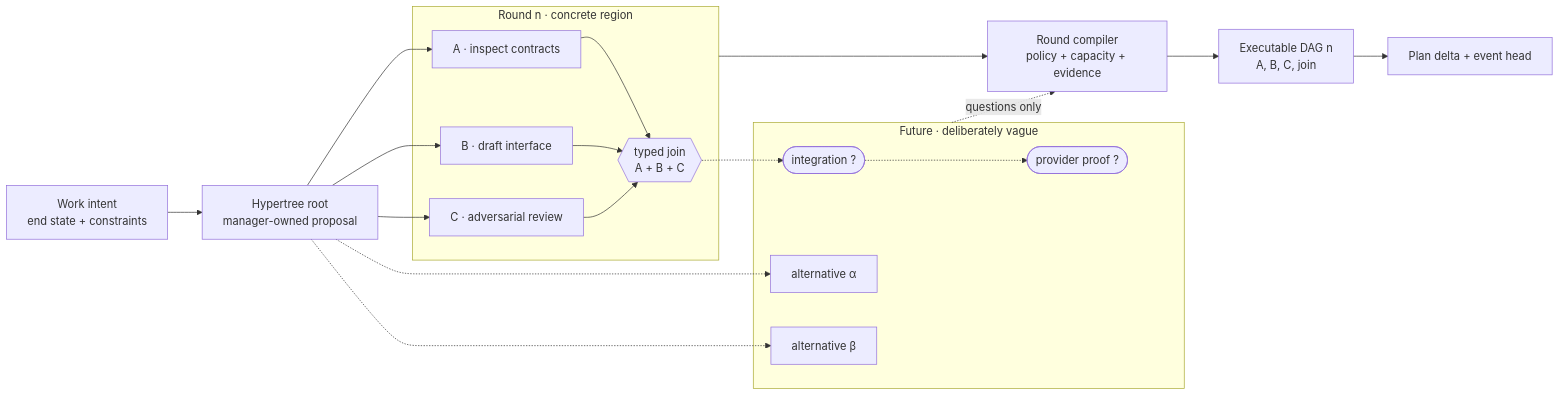
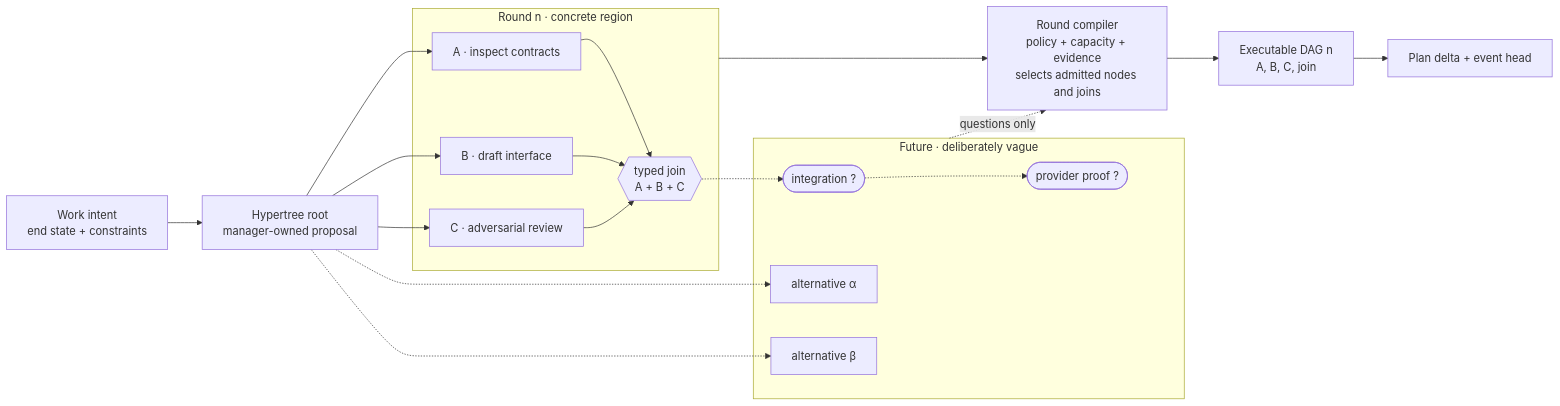
Diagram 18 of 20 in skills/drydock-program-architecture/references/diagram-atlas.md (curiositech/port-daddy), drawn with Mermaid before and after one commit. The commit also changed other lines of this file and 6 other files, not shown here.

````diff
--- a/skills/drydock-program-architecture/references/diagram-atlas.md
+++ b/skills/drydock-program-architecture/references/diagram-atlas.md
@@ -672,38 +673,38 @@
 ```mermaid
 flowchart LR
     Intent["Work intent\nend state + constraints"]
     Root["Hypertree root\nmanager-owned proposal"]
 
     subgraph Known["Round n · concrete region"]
         A["A · inspect contracts"]
         B["B · draft interface"]
         C["C · adversarial review"]
         Join{{"typed join\nA + B + C"}}
     end
 
     subgraph Future["Future · deliberately vague"]
         Fog1(["integration ?"])
         Fog2(["provider proof ?"])
         Alt1["alternative α"]
         Alt2["alternative β"]
     end
 
-    Compiler["Round compiler\npolicy + capacity + evidence"]
+    Compiler["Round compiler\npolicy + capacity + evidence\nselects admitted nodes and joins"]
     DAG["Executable DAG n\nA, B, C, join"]
     Event["Plan delta + event head"]
 
     Intent --> Root
     Root --> A
     Root --> B
     Root --> C
     A --> Join
     B --> Join
     C --> Join
     Join -.-> Fog1
     Fog1 -.-> Fog2
     Root -.-> Alt1
     Root -.-> Alt2
     Known --> Compiler
     Future -. "questions only" .-> Compiler
     Compiler --> DAG --> Event
 ```
````
